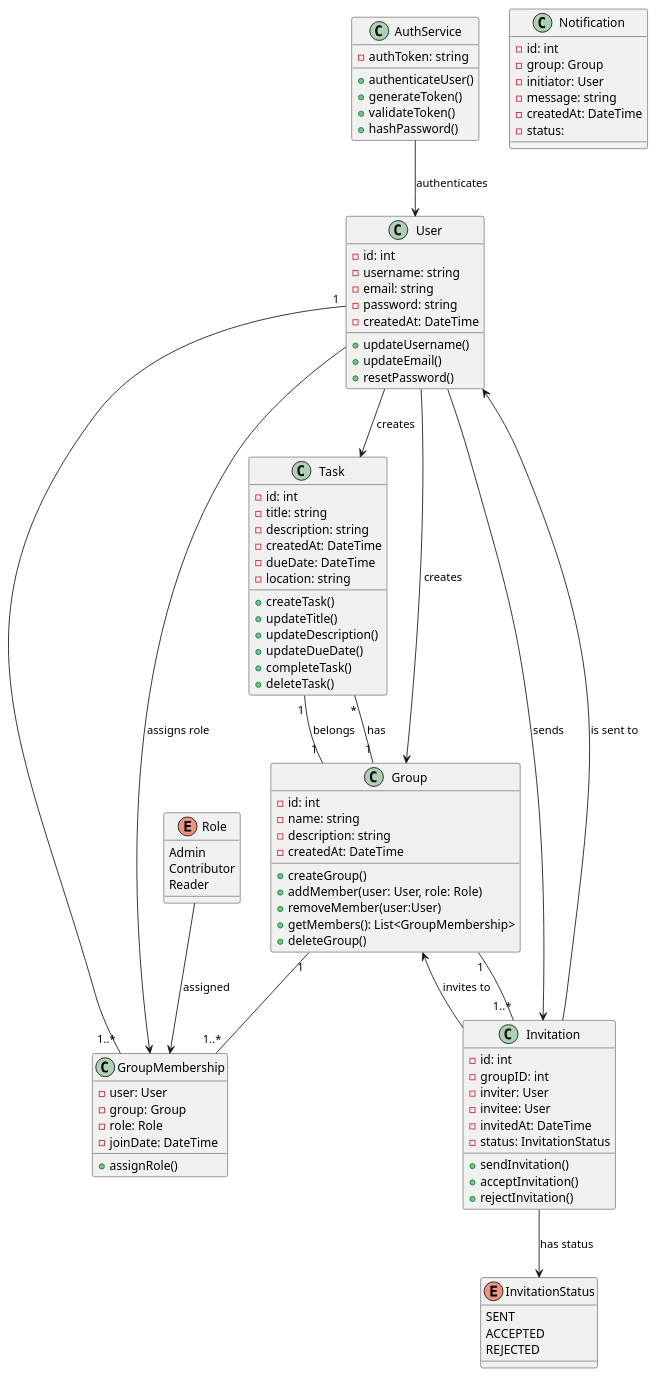
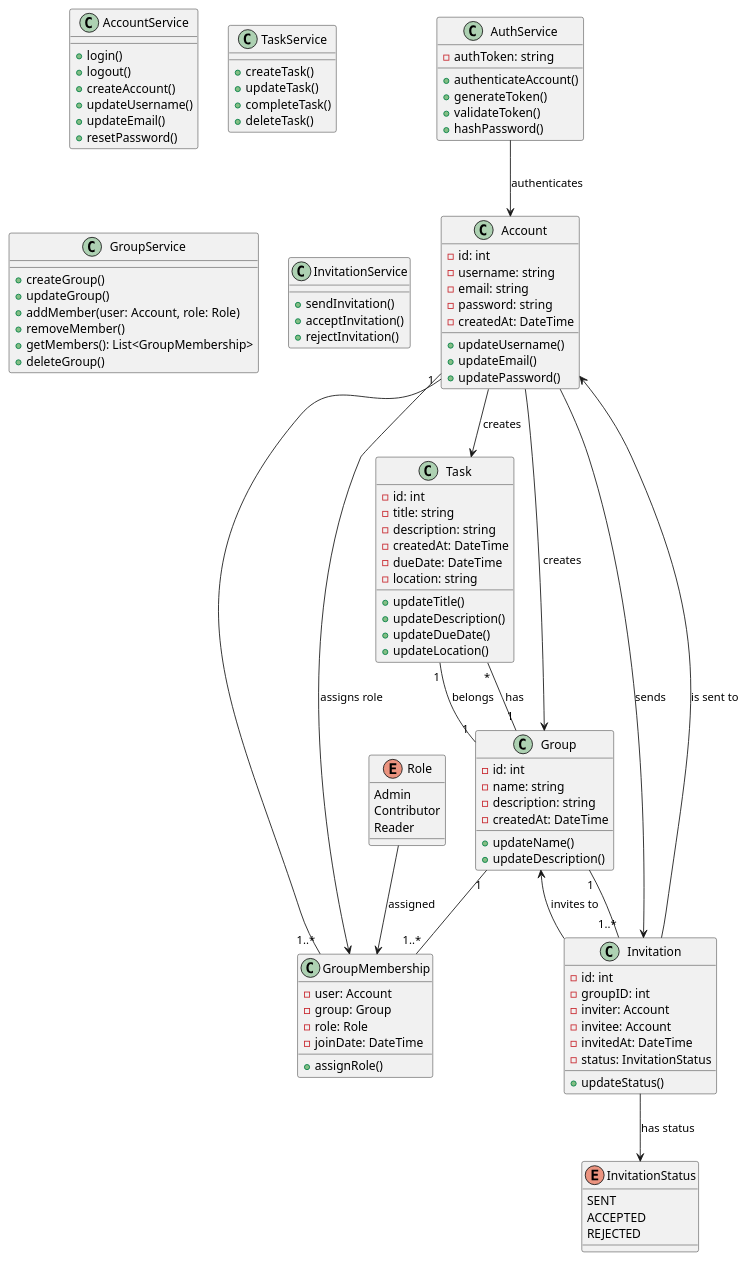
Before and after one commit to OmerEgeOzyaba/CSCI3100-project: the diagram in documentation/Design_Implementation/backend_class_uml.puml, drawn with PlantUML. The commit also changed 2 other files, not shown here.

Commit message:
Added backend class design reasoning, refined UML diagram, added (but havent started) sequence diagram

```diff
--- a/documentation/Design_Implementation/backend_class_uml.puml
+++ b/documentation/Design_Implementation/backend_class_uml.puml
@@ -1,138 +1,130 @@
 @startuml
 
-class User {
+class Account {
 	- id: int
 	- username: string
 	- email: string
 	- password: string
 	- createdAt: DateTime
 '-------------------------------
 	+ updateUsername()
 	+ updateEmail()
-	+ resetPassword()
+	+ updatePassword()
 }
 
-'class UserService {
-	'+ updateUsername()
-	'+ updateEmail()
-	'+ resetPassword()
-'}
+class AccountService {
+	+ login()
+	+ logout()
+	+ createAccount()
+        + updateUsername()
+        + updateEmail()
+        + resetPassword()
+}
 
 class Task {
 	- id: int
 	- title: string
 	- description: string
 	- createdAt: DateTime
 	- dueDate: DateTime
 	- location: string
 '--------------------------------
-	+ createTask()
 	+ updateTitle()
 	+ updateDescription()
 	+ updateDueDate()
-	+ completeTask()
-	+ deleteTask()
+	+ updateLocation()
 }
 
-'class TaskService {
-	'+ createTask()
-	'+ updateTask()
-	'+ removeTask()
-'}
+class TaskService {
+        + createTask()
+        + updateTask()
+        + completeTask()
+        + deleteTask()
+}
 
 class Group {
 	- id: int
 	- name: string
 	- description: string
 	- createdAt: DateTime
 '---------------------------------
+	+ updateName()
+	+ updateDescription()
+}
+
+class GroupService {
 	+ createGroup()
-	+ addMember(user: User, role: Role)
-	' addMember would call assignRole of the GroupMembership class
-	+ removeMember(user:User)
+	+ updateGroup()
+	+ addMember(user: Account, role: Role)
+	+ removeMember()
 	+ getMembers(): List<GroupMembership>
 	+ deleteGroup()
 }
 
-'class GroupService {
-	'+ createGroup()
-	'+ addMember(user: User, role: Role)
-	'+ removeMember()
-	'+ deleteGroup()
-'}
-
 class GroupMembership {
-	- user: User
+	- user: Account
 	- group: Group
 	- role: Role
 	- joinDate: DateTime
 '---------------------------------
 	+ assignRole()
 }
 
 class Invitation {
 	- id: int
 	- groupID: int
-	- inviter: User
-	- invitee: User
+	- inviter: Account
+	- invitee: Account
 	- invitedAt: DateTime
 	- status: InvitationStatus
 '---------------------------------
+	+ updateStatus()
+}
+
+class InvitationService {
 	+ sendInvitation()
 	+ acceptInvitation()
 	+ rejectInvitation()
 }
 
 class AuthService {
 	- authToken: string
 '---------------------------------
-	+ authenticateUser()
+	+ authenticateAccount()
 	+ generateToken()
 	+ validateToken()
 	+ hashPassword()
-}
-
-' Adding the Notification class requires us to edit the SRS document
-class Notification {
-	- id: int
-	- group: Group
-	- initiator: User
-	- message: string
-	- createdAt: DateTime
-	- status: 
-'---------------------------------
-	
 }
 
 enum Role {
         Admin
         Contributor
         Reader
 }
 
 enum InvitationStatus {
         SENT
         ACCEPTED
         REJECTED
 }
 
-User "1" -- "1..*" GroupMembership
+Account "1" -- "1..*" GroupMembership
 Group "1" -- "1..*" GroupMembership
 Role -->  GroupMembership: assigned 
-User --> GroupMembership: assigns role
+Account --> GroupMembership: assigns role
 
-User --> Invitation : sends 
-Invitation --> User : is sent to 
+Account --> Invitation : sends 
+Invitation --> Account : is sent to 
 Invitation --> Group : invites to
 Group "1" -- "1..*" Invitation
 
 Group "1" -- "*" Task : has
 Task "1" -- "1" Group: belongs
-User --> Task : creates 
+Account --> Task : creates 
 
-User --> Group : creates
+Account --> Group : creates
 
 Invitation --> InvitationStatus: has status
-AuthService --> User: authenticates
+AuthService --> Account: authenticates
 
 @enduml
```
